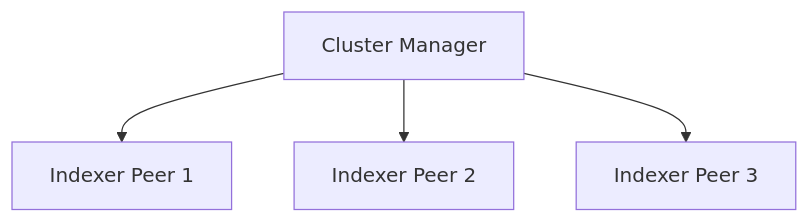
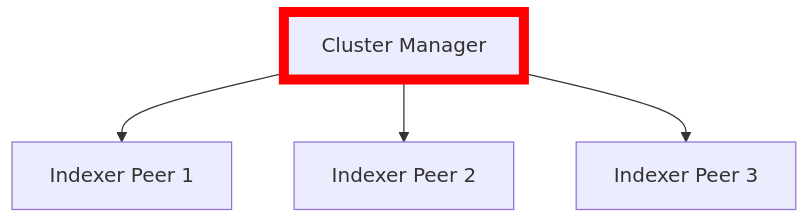
The second of 4 diagrams in marp/slides.md (schose/usergroup_splunk_containerimage), drawn with Mermaid before and after one commit. The commit also changed other lines of this file and 5 other files, not shown here.

````diff
--- a/marp/slides.md
+++ b/marp/slides.md
@@ -100,6 +170,9 @@
-```mermaid
+<div class="mermaid" style="text-align:center">
 graph TD
-    A[Cluster Manager] --> B[Indexer Peer 1]
-    A --> C[Indexer Peer 2]
-    A --> D[Indexer Peer 3]
-```
+    A[Cluster Manager] --> IDX1[Indexer Peer 1]
+    A --> IDX2[Indexer Peer 2]
+    A --> IDX3[Indexer Peer 3]
+
+    %% Apply red border only
+    style A stroke:#ff0000,stroke-width:8px
+</div>
````
